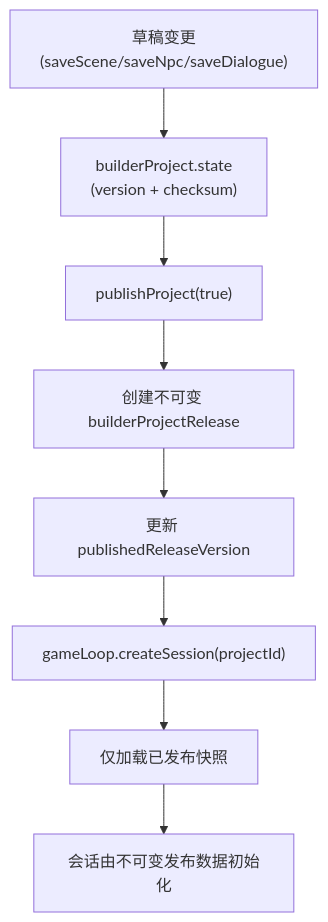
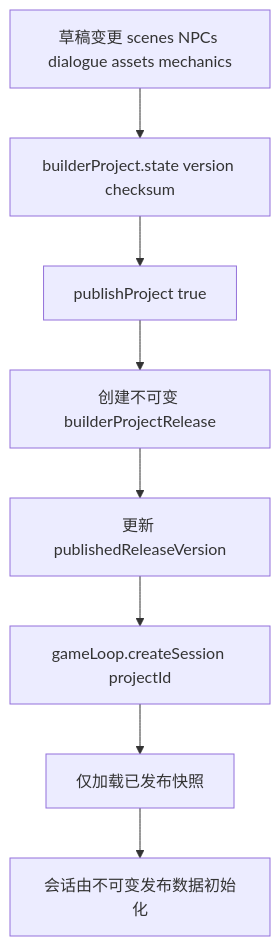
One commit to d4551/tea changed diagram 13 of 13 in README.md. Above: the diagram before and after it, drawn with Mermaid. The commit also changed other lines of this file and 21 other files, not shown here.

First line of the commit message:
docs: fix README Mermaid charts for GitHub, remove legacy pitch refs

````diff
--- a/README.md
+++ b/README.md
@@ -744,10 +725,10 @@
 ```mermaid
 flowchart TD
-  A["草稿变更<br>(saveScene/saveNpc/saveDialogue)"] --> B["builderProject.state<br>(version + checksum)"]
-  B --> C["publishProject(true)"]
+  A["草稿变更 scenes NPCs dialogue assets mechanics"] --> B["builderProject.state version checksum"]
+  B --> C["publishProject true"]
   C --> D["创建不可变 builderProjectRelease"]
   D --> E["更新 publishedReleaseVersion"]
-  E --> F["gameLoop.createSession(projectId)"]
+  E --> F["gameLoop.createSession projectId"]
   F --> G["仅加载已发布快照"]
   G --> H["会话由不可变发布数据初始化"]
 ```
````
